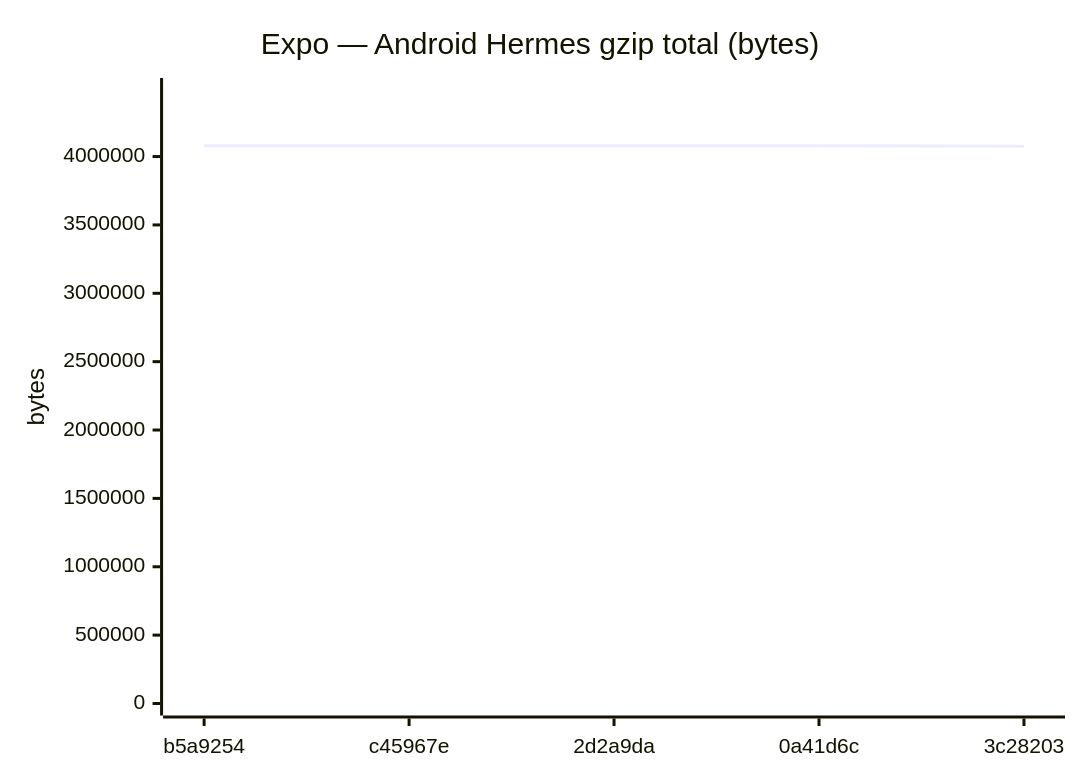
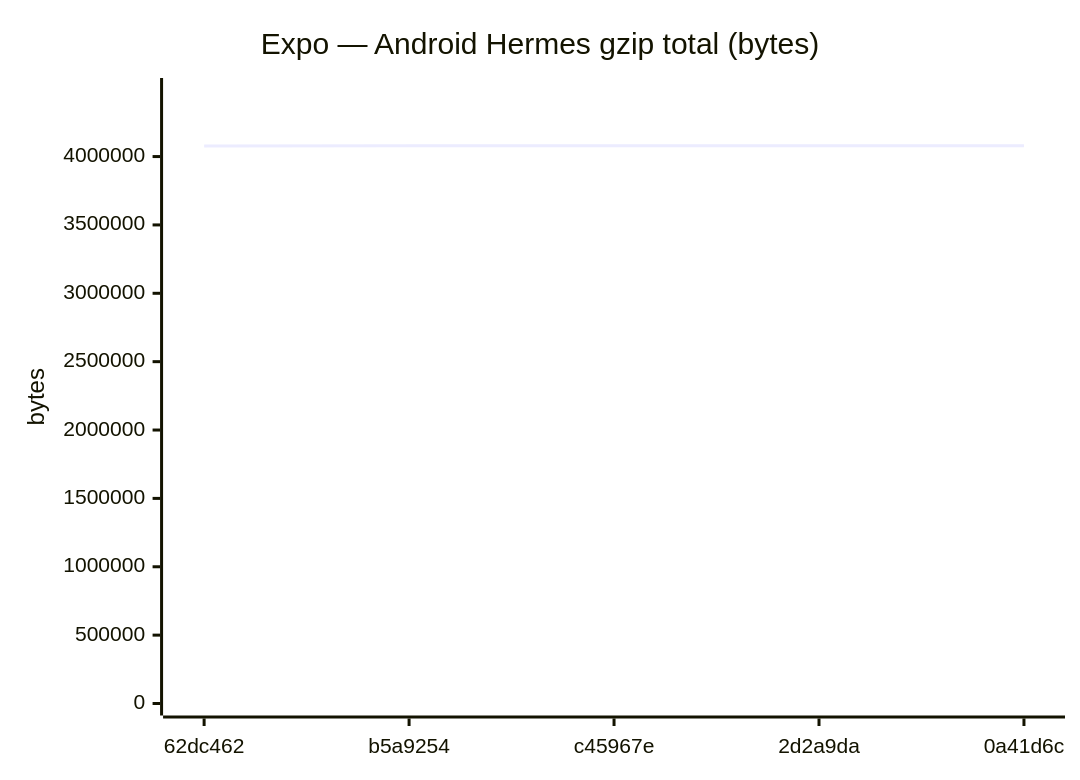
Diagram 11 of 18 in benchmarks/compare.md (Metaheurist/Rianell), drawn with Mermaid before and after one commit. The commit also changed other lines of this file and 11 other files, not shown here.

````diff
--- a/benchmarks/compare.md
+++ b/benchmarks/compare.md
@@ -172,7 +172,7 @@
 ```mermaid
 xychart-beta
     title "Expo — Android Hermes gzip total (bytes)"
-    x-axis ["b5a9254", "c45967e", "2d2a9da", "0a41d6c", "3c28203"]
+    x-axis ["62dc462", "b5a9254", "c45967e", "2d2a9da", "0a41d6c"]
     y-axis "bytes" 0 --> 4486787
-    line [4078885, 4078896, 4078895, 4078897, 4076071]
+    line [4077340, 4078885, 4078896, 4078895, 4078897]
 ```
````
